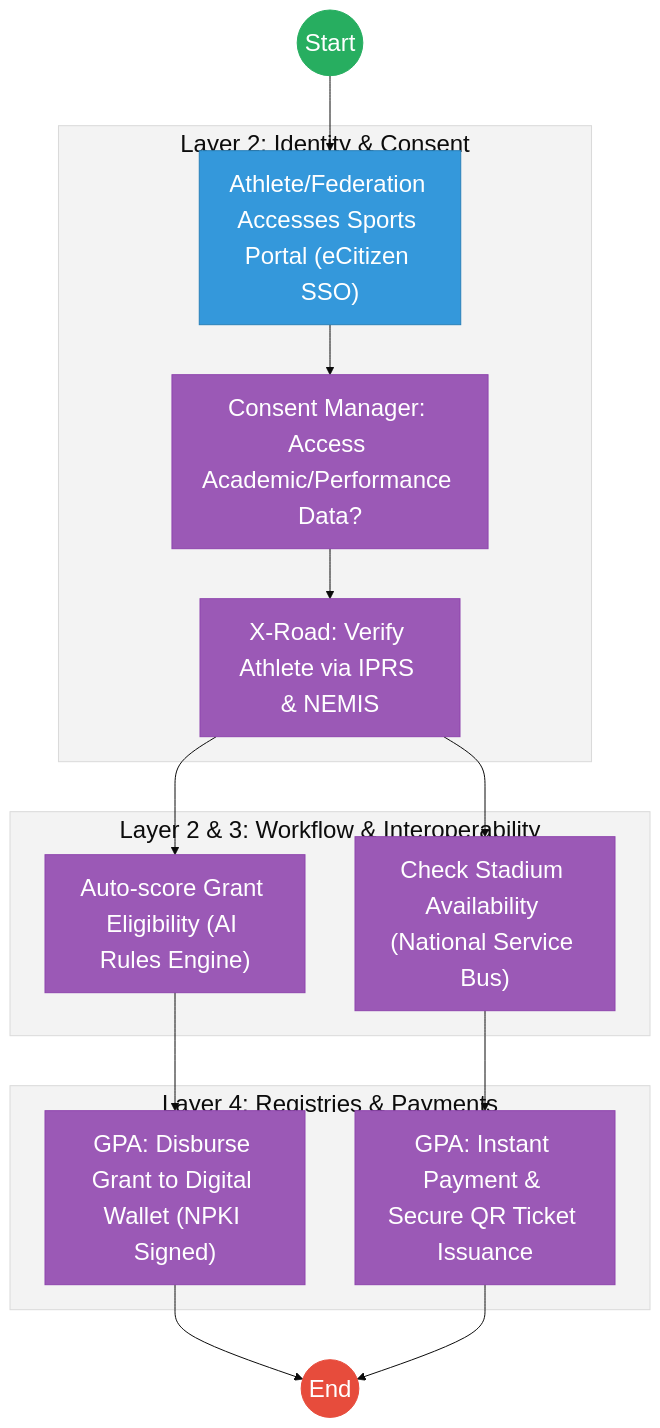
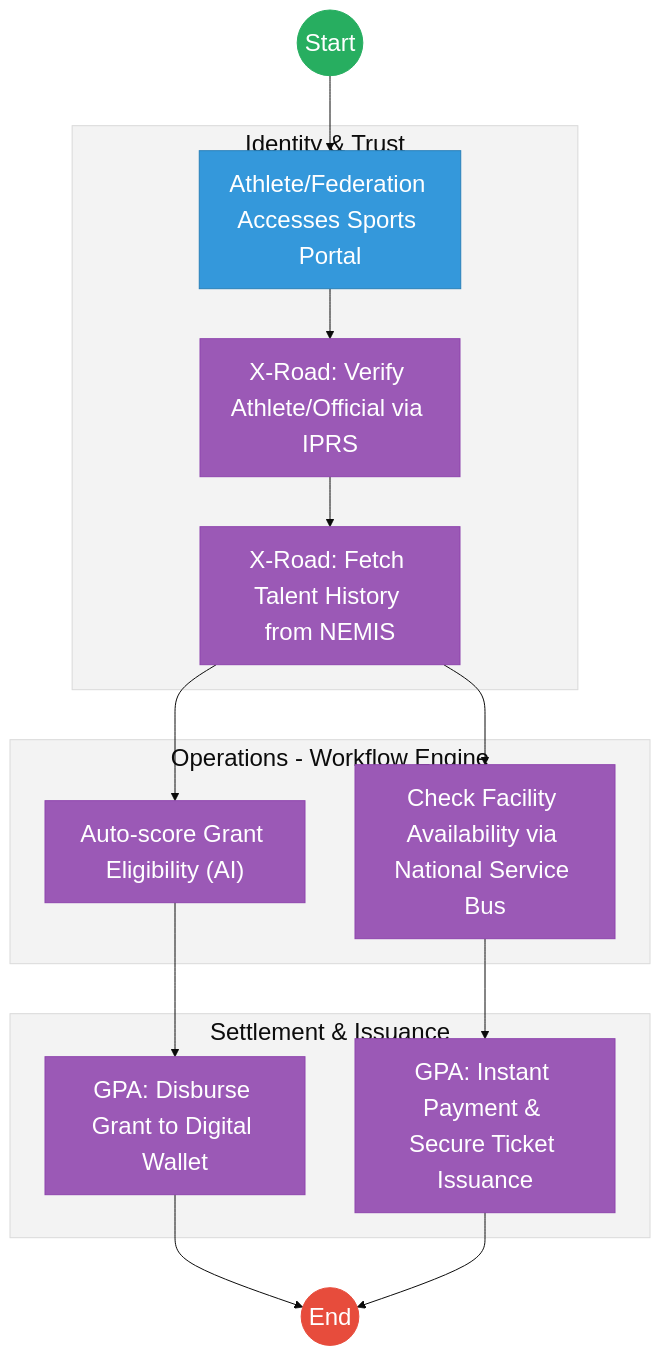
The second of 2 diagrams in mdas/docs_final/priority_mdas/Sports_and_the_Arts___Service_Delivery.md (BITZ-IT-Consulting-LTD/ictapoc), drawn with Mermaid before and after one commit. The commit also changed other lines of this file and 90 other files, not shown here.

````diff
--- a/mdas/docs_final/priority_mdas/Sports_and_the_Arts___Service_Delivery.md
+++ b/mdas/docs_final/priority_mdas/Sports_and_the_Arts___Service_Delivery.md
@@ -127,32 +132,32 @@
 ```mermaid
 %%{init: { 'theme': 'base', 'themeVariables': { 'fontSize': '24px', 'fontFamily': 'Inter, system-ui, sans-serif', 'primaryColor': '#ffffff', 'edgeLabelBackground':'#ffffff', 'tertiaryColor': '#f3f3f3', 'mainBkg': '#ffffff', 'nodeBorder': '#333333' } } }%%
 graph TD
-    Start((Start)) --> Portal["Athlete/Federation Accesses Sports Portal (eCitizen SSO)"]
+    Start((Start)) --> Portal["Athlete/Federation Accesses Sports Portal"]
     
-    subgraph Trust_Hub["Layer 2: Identity & Consent"]
-        Portal --> Consent["Consent Manager: Access Academic/Performance Data?"]
-        Consent --> Verify["X-Road: Verify Athlete via IPRS & NEMIS"]
+    subgraph Layer2["Identity & Trust"]
+        Portal --> Verify["X-Road: Verify Athlete/Official via IPRS"]
+        Verify --> NEMIS["X-Road: Fetch Talent History from NEMIS"]
     end
     
-    subgraph Operations["Layer 2 & 3: Workflow & Interoperability"]
-        Verify --> Grant["Auto-score Grant Eligibility (AI Rules Engine)"]
-        Verify --> Booking["Check Stadium Availability (National Service Bus)"]
+    subgraph Layer3["Operations - Workflow Engine"]
+        NEMIS --> Grant["Auto-score Grant Eligibility (AI)"]
+        NEMIS --> Booking["Check Facility Availability via National Service Bus"]
     end
     
-    subgraph Settlement["Layer 4: Registries & Payments"]
-        Grant --> GPA_Grant["GPA: Disburse Grant to Digital Wallet (NPKI Signed)"]
-        Booking --> GPA_Fee["GPA: Instant Payment & Secure QR Ticket Issuance"]
+    subgraph Layer4["Settlement & Issuance"]
+        Grant --> GPA_Grant["GPA: Disburse Grant to Digital Wallet"]
+        Booking --> GPA_Fee["GPA: Instant Payment & Secure Ticket Issuance"]
     end
     
     GPA_Grant --> End((End))
     GPA_Fee --> End
 
-    classDef start fill:#27ae60,stroke:#27ae60,color:#fff,font-size:24px;;
-    classDef endNode fill:#e74c3c,stroke:#e74c3c,color:#fff,font-size:24px;;
-    classDef userTask fill:#3498db,stroke:#2980b9,color:#fff,font-size:24px;;
-    classDef serviceTask fill:#9b59b6,stroke:#8e44ad,color:#fff,font-size:24px;;
+    classDef start fill:#27ae60,stroke:#27ae60,color:#fff,font-size:24px,font-size:24px;;
+    classDef endNode fill:#e74c3c,stroke:#e74c3c,color:#fff,font-size:24px,font-size:24px;;
+    classDef userTask fill:#3498db,stroke:#2980b9,color:#fff,font-size:24px,font-size:24px;;
+    classDef serviceTask fill:#9b59b6,stroke:#8e44ad,color:#fff,font-size:24px,font-size:24px;;
     class Start start;
     class End endNode;
     class Portal userTask;
-    class Consent,Verify,Grant,Booking,GPA_Grant,GPA_Fee serviceTask;
+    class Verify,NEMIS,Grant,Booking,GPA_Grant,GPA_Fee serviceTask;
 ```
````
